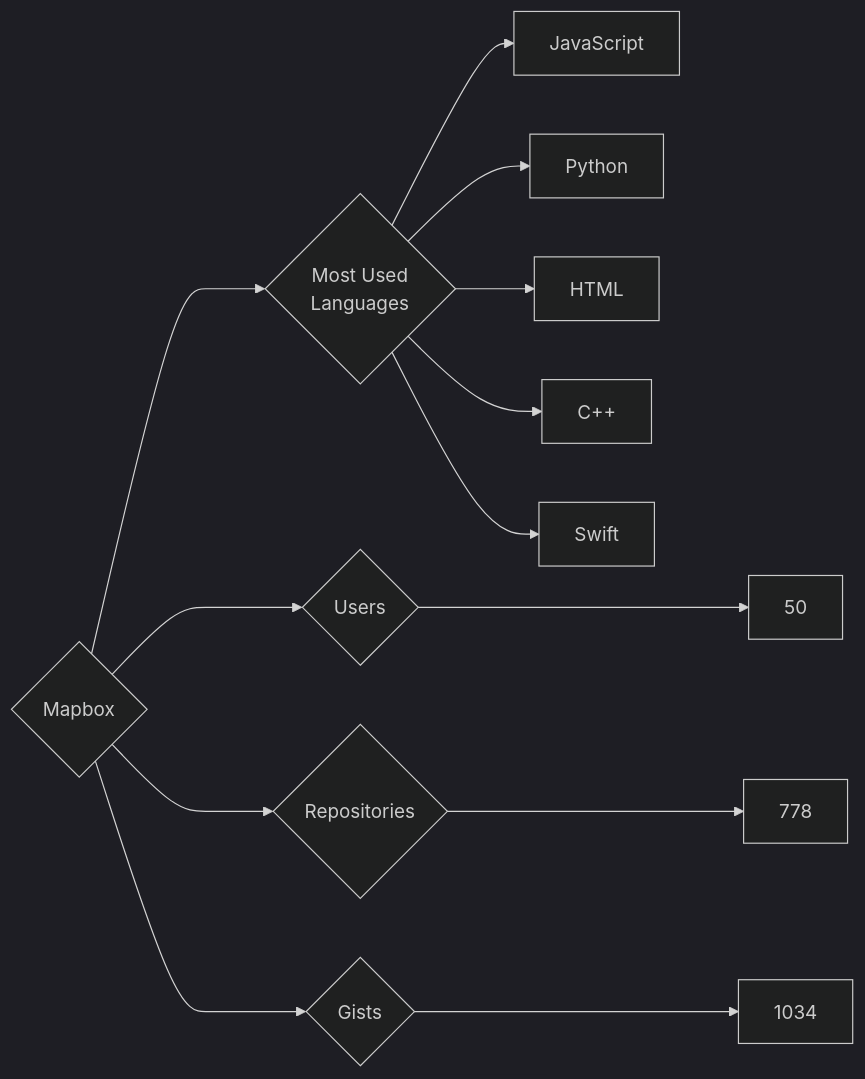
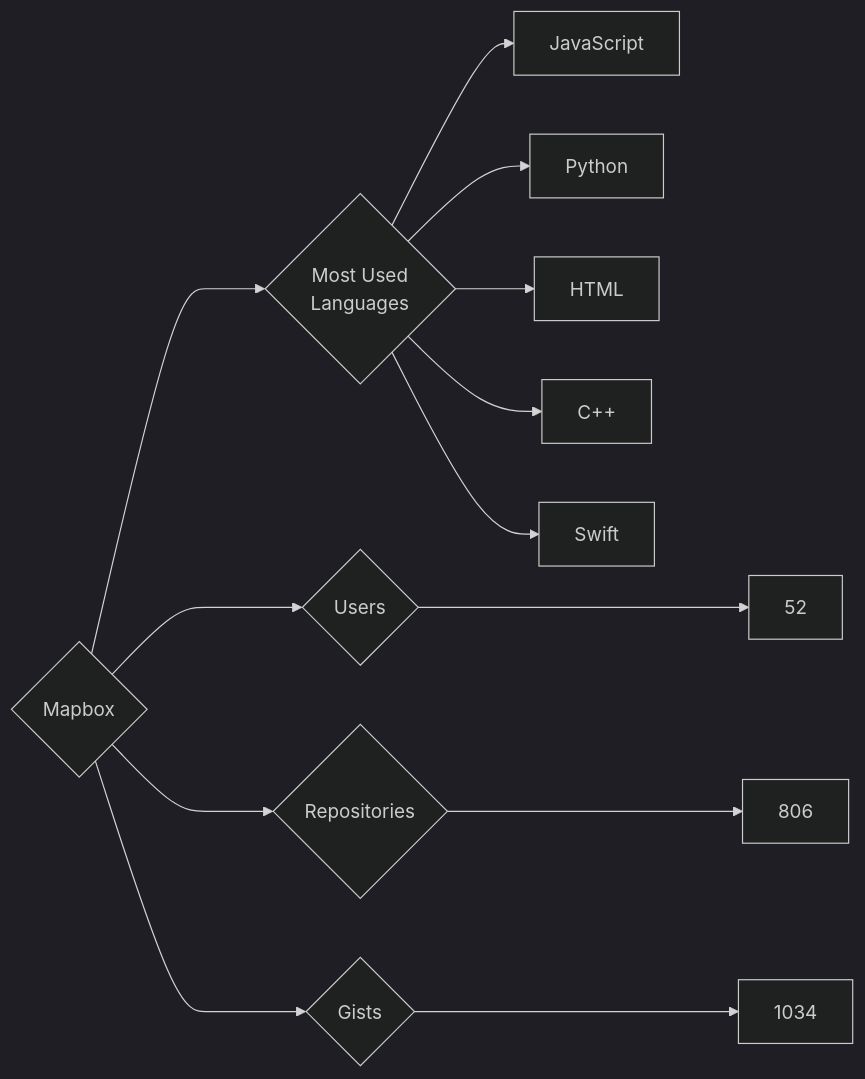
The diagram in targets/Mapbox/README.md (trickest/insiders), drawn with Mermaid (dark theme) before and after one commit. The commit also changed 1508 other files, not shown here.

````diff
--- a/targets/Mapbox/README.md
+++ b/targets/Mapbox/README.md
@@ -3,13 +3,13 @@
 ```mermaid
 graph LR
 COMPANY_NAME{Mapbox}
-COMPANY_NAME ---> U{Users} ---> UN[50]
-COMPANY_NAME ---> R{Repositories} ---> RN[778]
+COMPANY_NAME ---> U{Users} ---> UN[52]
+COMPANY_NAME ---> R{Repositories} ---> RN[806]
 COMPANY_NAME ---> G{Gists} ---> GN[1034]
 COMPANY_NAME ---> ML{Most Used<br>Languages}
 ML --> JavaScript[JavaScript]
 ML --> Python[Python]
 ML --> HTML[HTML]
 ML --> C++[C++]
 ML --> Swift[Swift]
 ```
````
